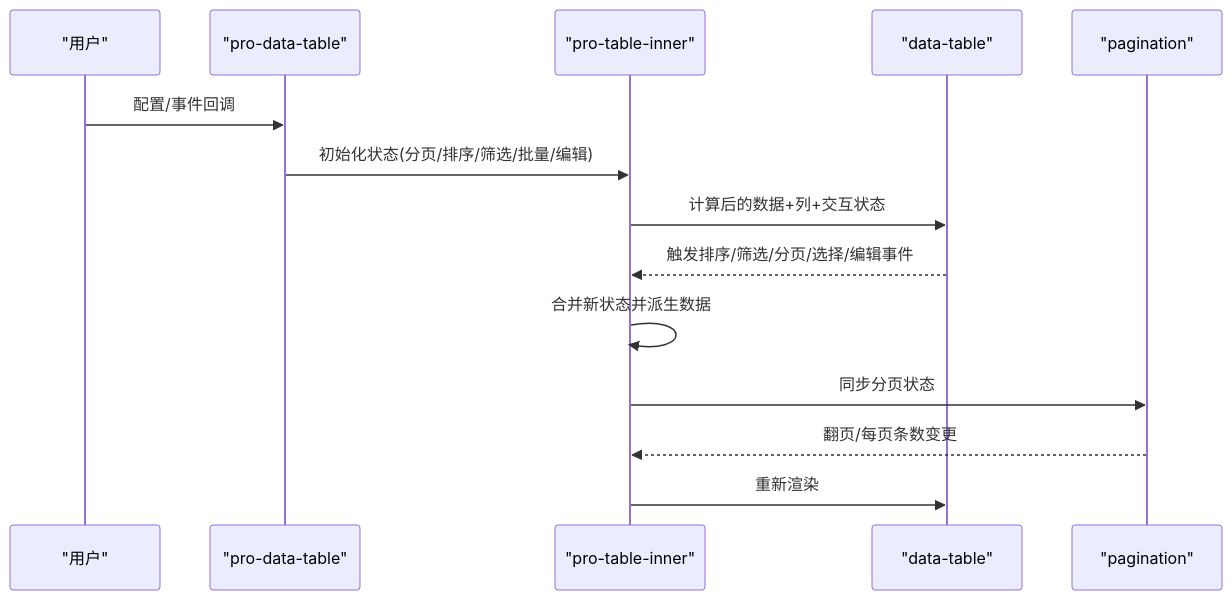
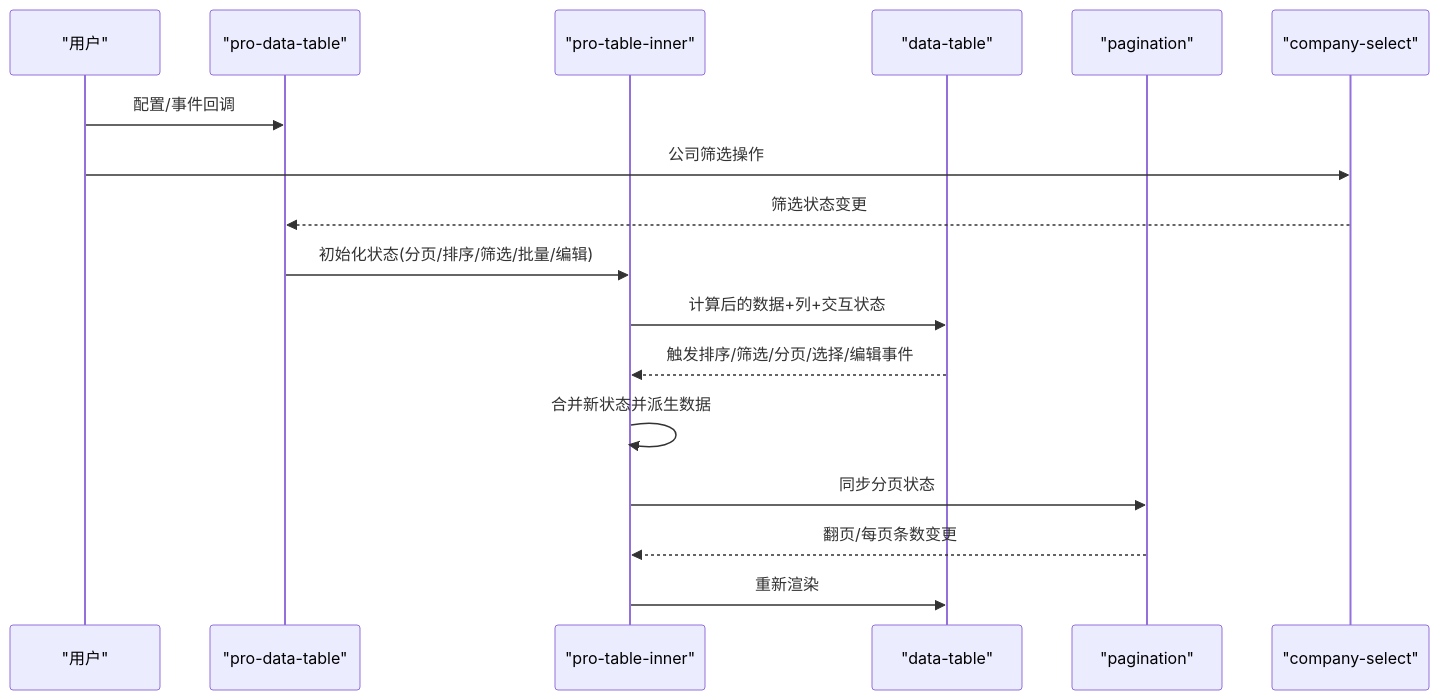
One commit to Damao997/newproject changed the second of 4 diagrams in .qoder/repowiki/zh/content/架构设计/组件架构/业务组件/数据表格组件.md. Above: the diagram before and after it, drawn with Mermaid. The commit also changed other lines of this file and 10 other files, not shown here.

````diff
--- a/.qoder/repowiki/zh/content/架构设计/组件架构/业务组件/数据表格组件.md
+++ b/.qoder/repowiki/zh/content/架构设计/组件架构/业务组件/数据表格组件.md
@@ -81,16 +90,19 @@
 ```mermaid
 sequenceDiagram
 participant U as "用户"
 participant P as "pro-data-table"
 participant I as "pro-table-inner"
 participant D as "data-table"
 participant PG as "pagination"
+participant CS as "company-select"
 U->>P : 配置/事件回调
+U->>CS : 公司筛选操作
+CS-->>P : 筛选状态变更
 P->>I : 初始化状态(分页/排序/筛选/批量/编辑)
 I->>D : 计算后的数据+列+交互状态
 D-->>I : 触发排序/筛选/分页/选择/编辑事件
 I->>I : 合并新状态并派生数据
 I->>PG : 同步分页状态
 PG-->>I : 翻页/每页条数变更
 I->>D : 重新渲染
 ```
````
